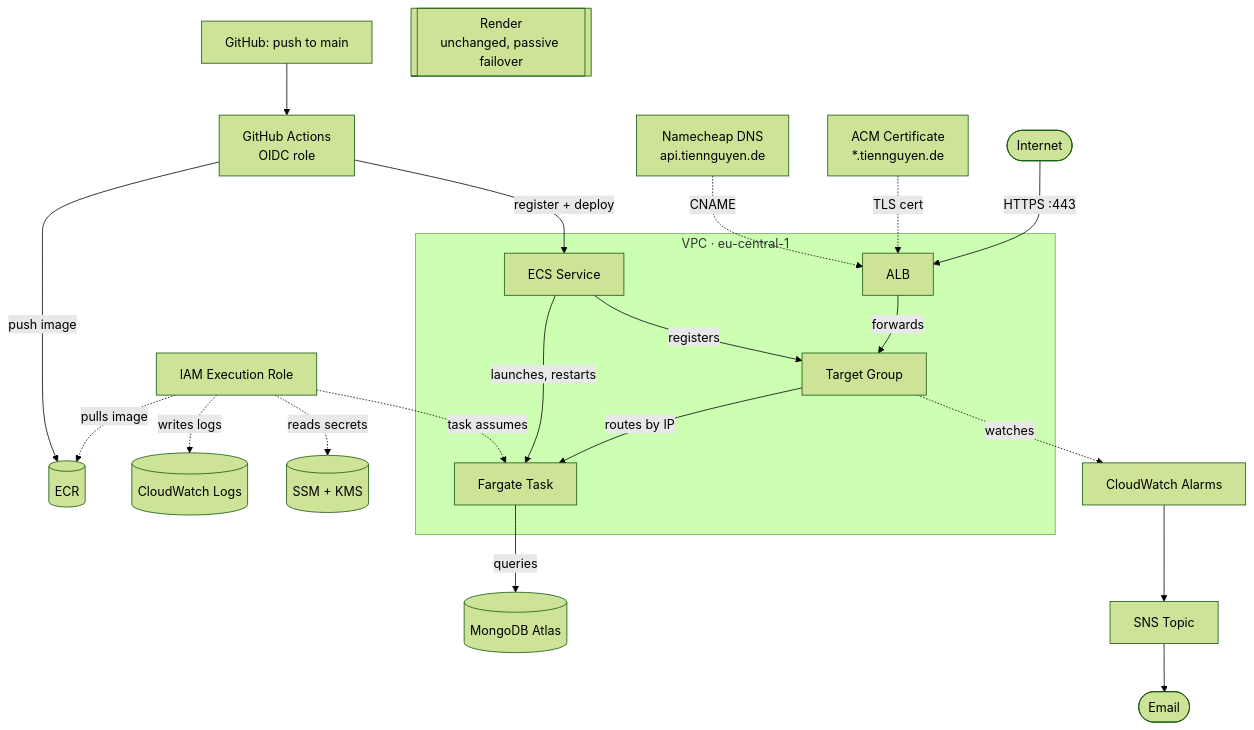
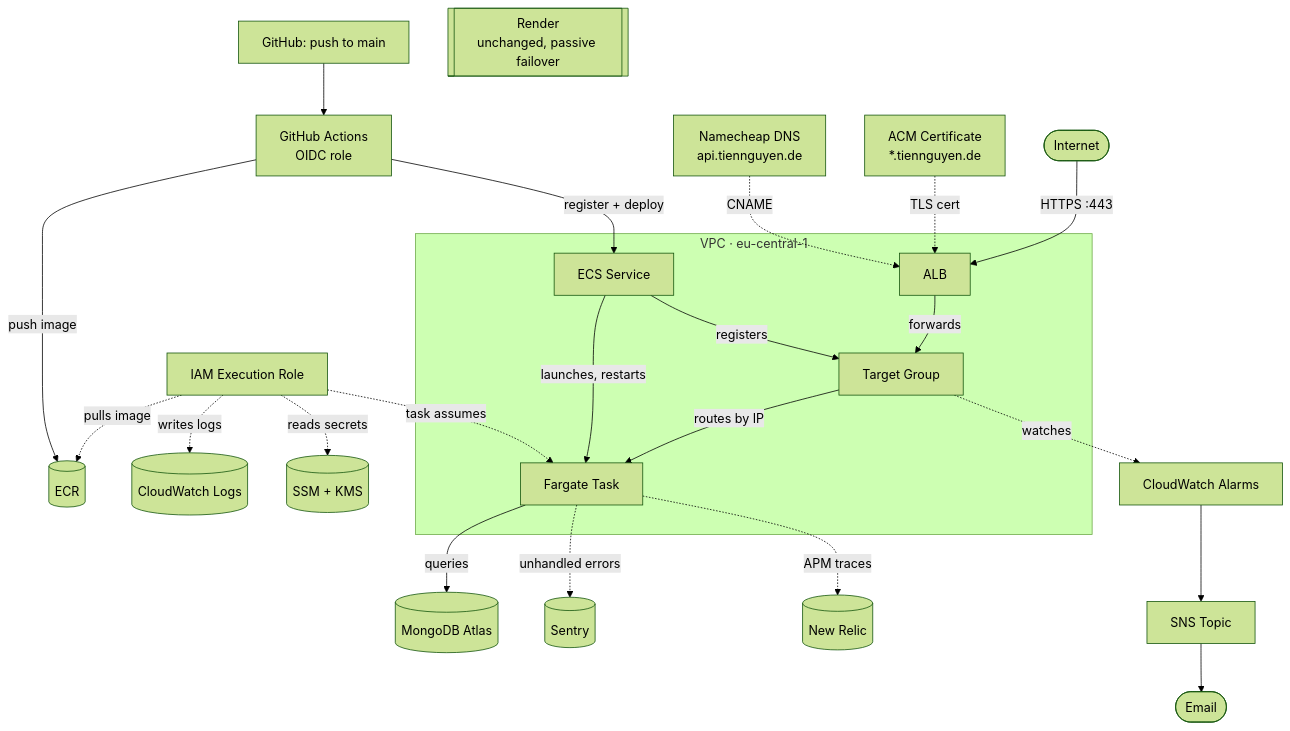
Before and after one commit to ntrix/amazin-be: the second of 2 diagrams in README.md, drawn with Mermaid (forest theme).

Commit message:
docs(readme): add Sentry/New Relic nodes to the architecture diagram

````diff
--- a/README.md
+++ b/README.md
@@ -116,34 +116,37 @@
 ```mermaid
 flowchart TB
   GitHub["GitHub: push to main"] --> Actions["GitHub Actions<br/>OIDC role"]
   Actions -->|"push image"| ECR2[("ECR")]
   Actions -->|"register + deploy"| Service2
 
   DNS["Namecheap DNS<br/>api.tiennguyen.de"] -. CNAME .-> ALB2
   ACM["ACM Certificate<br/>*.tiennguyen.de"] -. "TLS cert" .-> ALB2
 
   Internet2([Internet]) -->|"HTTPS :443"| ALB2["ALB"]
   ALB2 -->|forwards| TG2["Target Group"]
   TG2 -->|"routes by IP"| Task2["Fargate Task"]
   Task2 -->|queries| Mongo2[("MongoDB Atlas")]
   Service2["ECS Service"] -->|"launches, restarts"| Task2
   Service2 -->|registers| TG2
 
   Role2["IAM Execution Role"] -. "task assumes" .-> Task2
   Role2 -. "pulls image" .-> ECR2
   Role2 -. "writes logs" .-> Logs2[("CloudWatch Logs")]
   Role2 -. "reads secrets" .-> SSM2[("SSM + KMS")]
 
   TG2 -. watches .-> Alarms["CloudWatch Alarms"]
   Alarms --> SNS["SNS Topic"]
   SNS --> Email([Email])
 
+  Task2 -. "unhandled errors" .-> Sentry[("Sentry")]
+  Task2 -. "APM traces" .-> NewRelic[("New Relic")]
+
   Render2[["Render<br/>unchanged, passive failover"]]
 
   subgraph VPC2["VPC · eu-central-1"]
     ALB2
     TG2
     Task2
     Service2
   end
 ```
````
